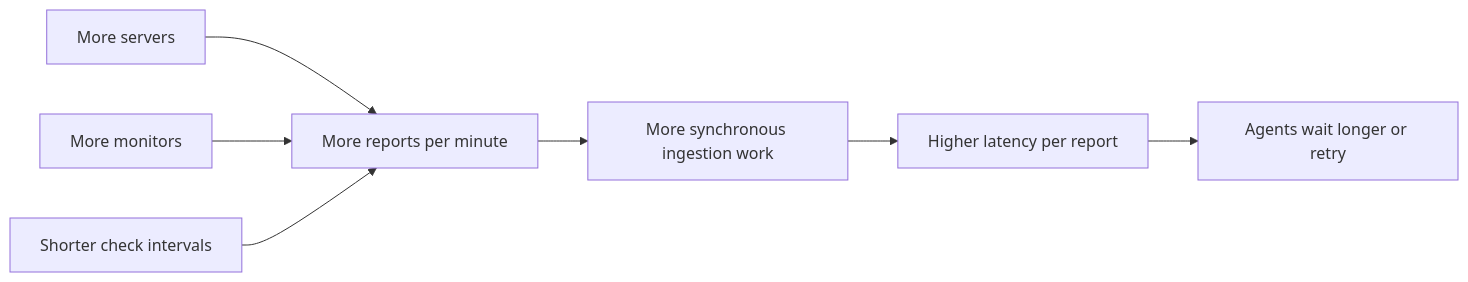
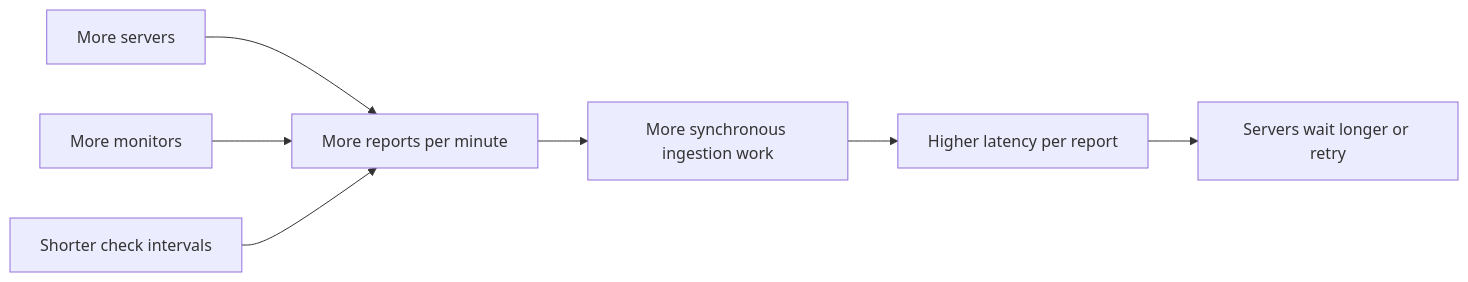
One commit to sunday-studio/orion changed the first of 8 diagrams in docs/architecture/performance-observability.md. Above: the diagram before and after it, drawn with Mermaid. The commit also changed other lines of this file and 223 other files, not shown here.

````diff
--- a/docs/architecture/performance-observability.md
+++ b/docs/architecture/performance-observability.md
@@ -13,9 +13,9 @@
 ```mermaid
 flowchart LR
   A["More servers"] --> D["More reports per minute"]
   B["More monitors"] --> D
   C["Shorter check intervals"] --> D
   D --> E["More synchronous ingestion work"]
   E --> F["Higher latency per report"]
-  F --> G["Agents wait longer or retry"]
+  F --> G["Servers wait longer or retry"]
 ```
````
